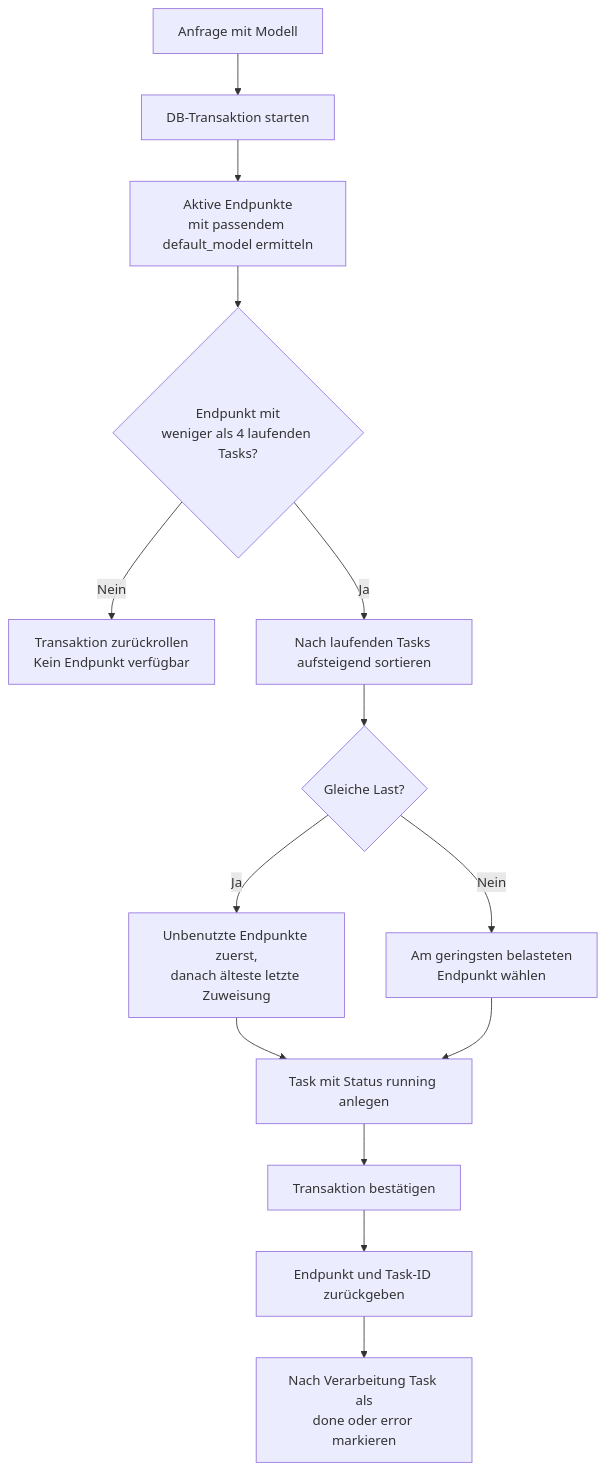
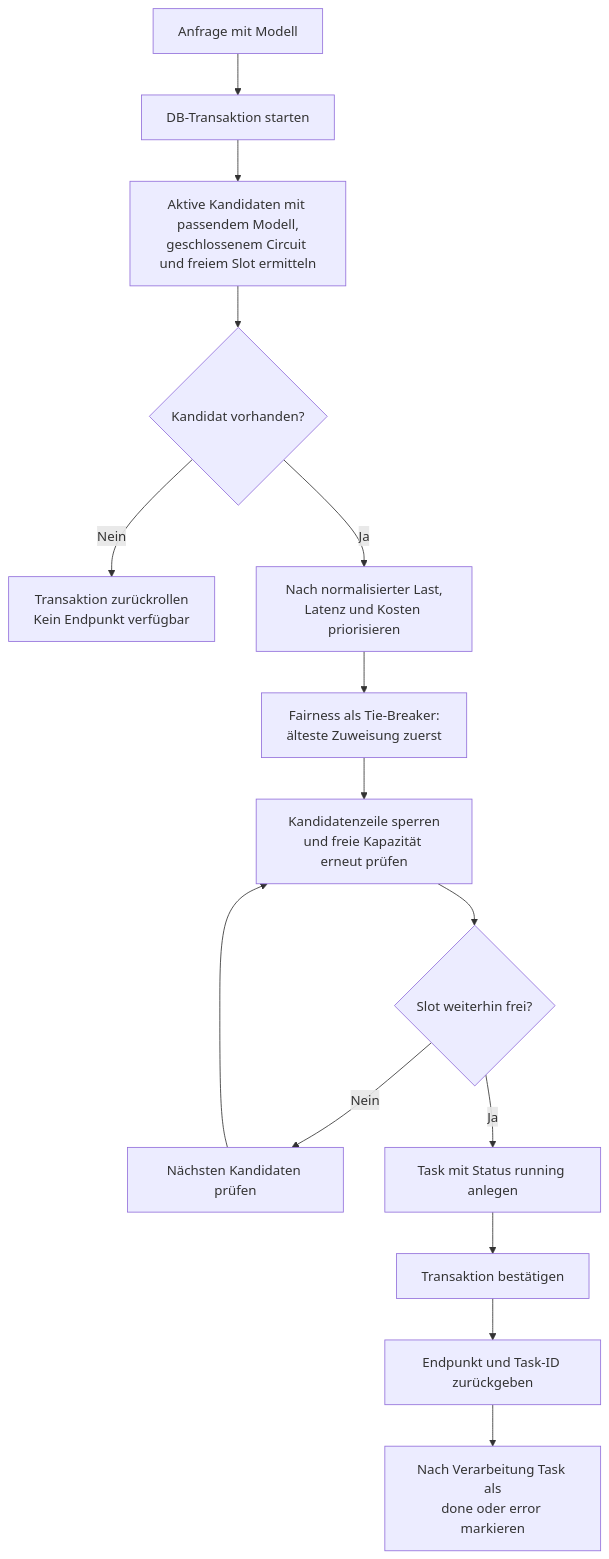
The third of 4 diagrams in README.md (dareinelt/LLMInt), drawn with Mermaid before and after one commit. The commit also changed other lines of this file and 2 other files, not shown here.

````diff
--- a/README.md
+++ b/README.md
@@ -113,16 +137,17 @@
 ```mermaid
 flowchart TD
     A[Anfrage mit Modell] --> B[DB-Transaktion starten]
-    B --> C[Aktive Endpunkte<br/>mit passendem default_model ermitteln]
-    C --> D{Endpunkt mit<br/>weniger als 4 laufenden Tasks?}
+    B --> C[Aktive Kandidaten mit passendem Modell,<br/>geschlossenem Circuit und freiem Slot ermitteln]
+    C --> D{Kandidat vorhanden?}
     D -- Nein --> E[Transaktion zurückrollen<br/>Kein Endpunkt verfügbar]
-    D -- Ja --> F[Nach laufenden Tasks aufsteigend sortieren]
-    F --> G{Gleiche Last?}
-    G -- Ja --> H[Unbenutzte Endpunkte zuerst,<br/>danach älteste letzte Zuweisung]
-    G -- Nein --> I[Am geringsten belasteten<br/>Endpunkt wählen]
-    H --> J[Task mit Status running anlegen]
-    I --> J
-    J --> K[Transaktion bestätigen]
-    K --> L[Endpunkt und Task-ID zurückgeben]
-    L --> M[Nach Verarbeitung Task als<br/>done oder error markieren]
+    D -- Ja --> F[Nach normalisierter Last,<br/>Latenz und Kosten priorisieren]
+    F --> G[Fairness als Tie-Breaker:<br/>älteste Zuweisung zuerst]
+    G --> H[Kandidatenzeile sperren<br/>und freie Kapazität erneut prüfen]
+    H --> I{Slot weiterhin frei?}
+    I -- Nein --> J[Nächsten Kandidaten prüfen]
+    J --> H
+    I -- Ja --> K[Task mit Status running anlegen]
+    K --> L[Transaktion bestätigen]
+    L --> M[Endpunkt und Task-ID zurückgeben]
+    M --> N[Nach Verarbeitung Task als<br/>done oder error markieren]
 ```
````
